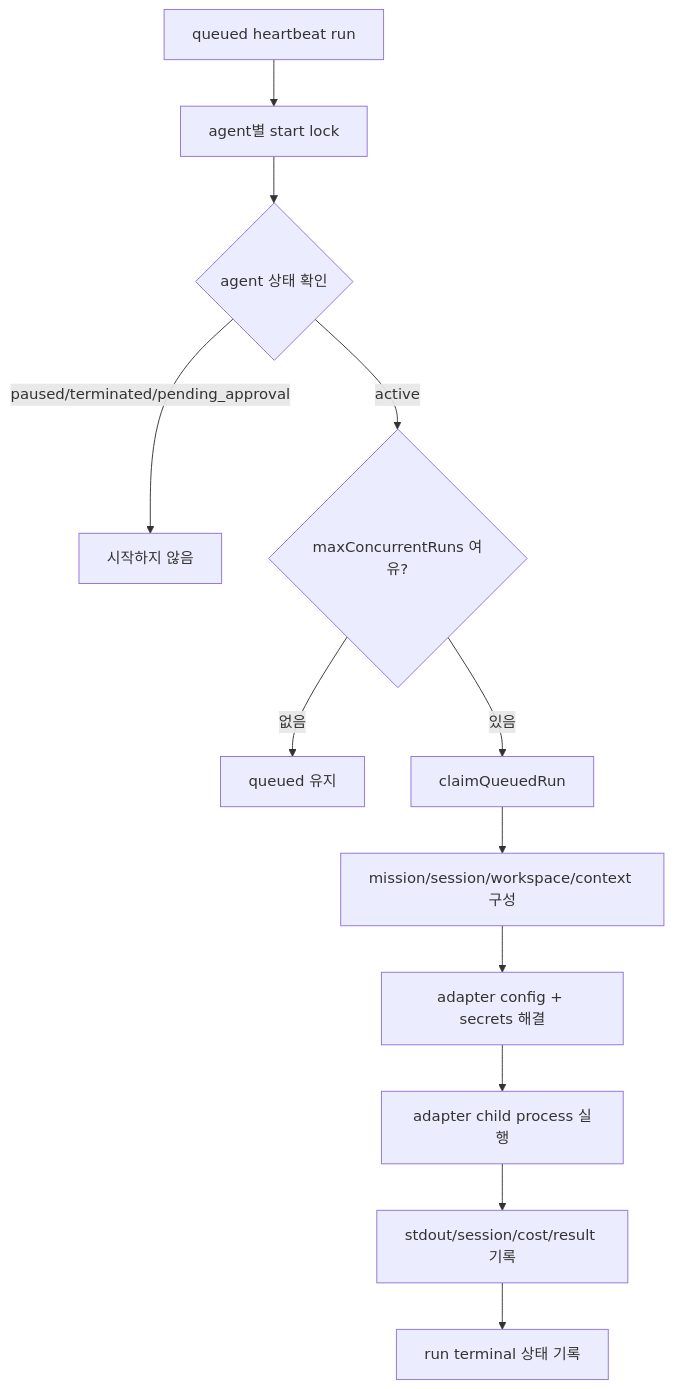
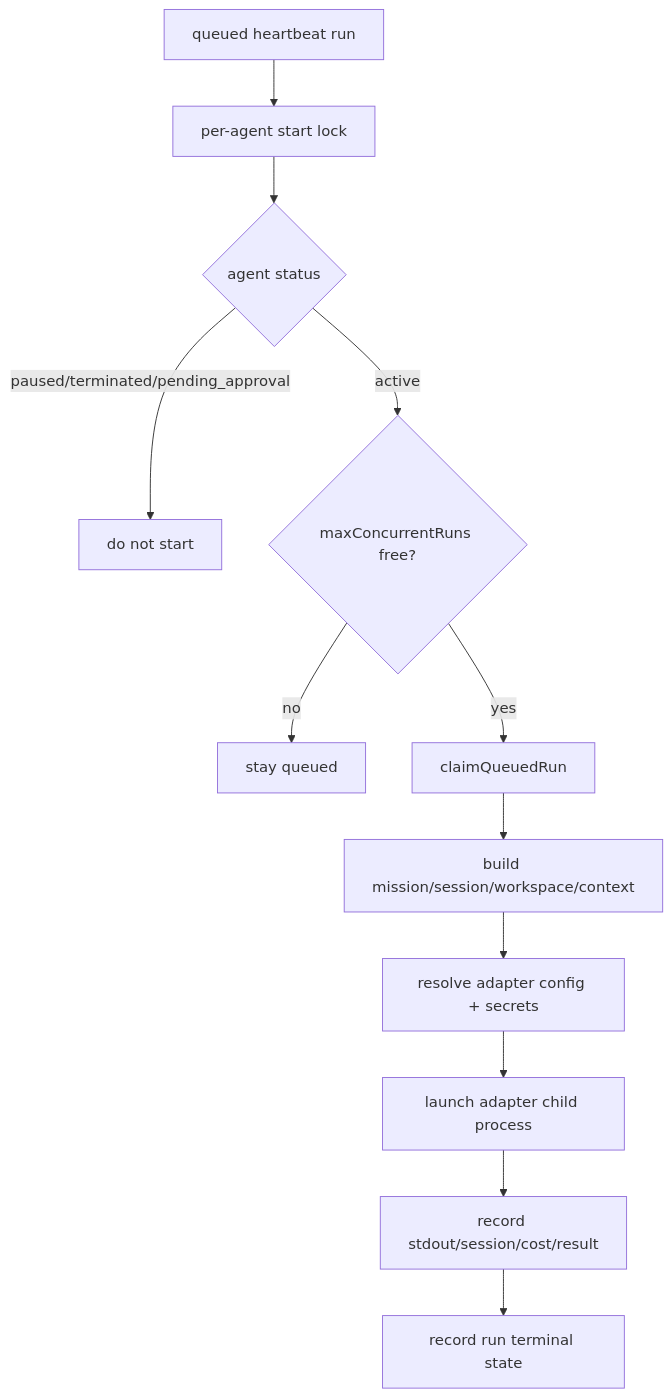
Before and after one commit to insightflo/papercompany-runtime: the sixth of 17 diagrams in docs/guides/agent-developer/mission-workflow-runtime.md, drawn with Mermaid. The commit also changed other lines of this file and 173 other files, not shown here.

````diff
--- a/docs/guides/agent-developer/mission-workflow-runtime.md
+++ b/docs/guides/agent-developer/mission-workflow-runtime.md
@@ -171,14 +143,14 @@
 ```mermaid
 flowchart TD
-  Q["queued heartbeat run"] --> Lock["agent별 start lock"]
-  Lock --> AgentStatus{"agent 상태 확인"}
-  AgentStatus -- "paused/terminated/pending_approval" --> Stop["시작하지 않음"]
-  AgentStatus -- "active" --> Slots{"maxConcurrentRuns 여유?"}
-  Slots -- 없음 --> Wait["queued 유지"]
-  Slots -- 있음 --> Claim["claimQueuedRun"]
-  Claim --> Context["mission/session/workspace/context 구성"]
-  Context --> AdapterConfig["adapter config + secrets 해결"]
-  AdapterConfig --> Launch["adapter child process 실행"]
-  Launch --> Capture["stdout/session/cost/result 기록"]
-  Capture --> Finish["run terminal 상태 기록"]
+  Q["queued heartbeat run"] --> Lock["per-agent start lock"]
+  Lock --> AgentStatus{"agent status"}
+  AgentStatus -- "paused/terminated/pending_approval" --> Stop["do not start"]
+  AgentStatus -- "active" --> Slots{"maxConcurrentRuns free?"}
+  Slots -- no --> Wait["stay queued"]
+  Slots -- yes --> Claim["claimQueuedRun"]
+  Claim --> Context["build mission/session/workspace/context"]
+  Context --> AdapterConfig["resolve adapter config + secrets"]
+  AdapterConfig --> Launch["launch adapter child process"]
+  Launch --> Capture["record stdout/session/cost/result"]
+  Capture --> Finish["record run terminal state"]
 ```
````
